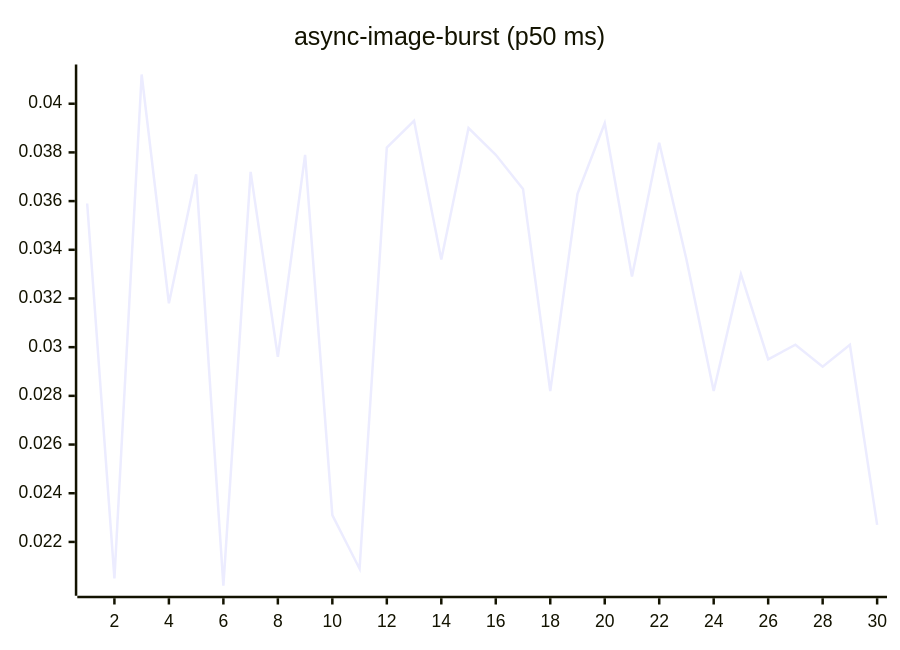
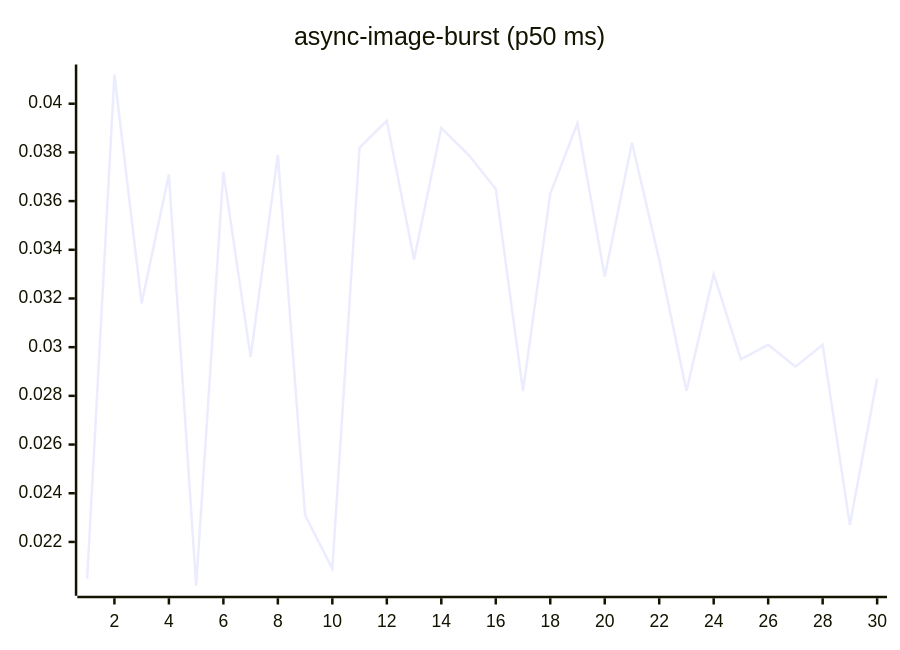
One commit to josha/Facet changed the fourth of 27 diagrams in README.md. Above: the diagram before and after it, drawn with Mermaid. The commit also changed other lines of this file and 2 other files, not shown here.

````diff
--- a/README.md
+++ b/README.md
@@ -84,6 +84,6 @@
 ```mermaid
 xychart-beta
     title "async-image-burst (p50 ms)"
     x-axis 1 --> 30
-    line [0.0359, 0.0205, 0.0412, 0.0318, 0.0371, 0.0202, 0.0372, 0.0296, 0.0379, 0.0231, 0.0209, 0.0382, 0.0393, 0.0336, 0.0390, 0.0379, 0.0365, 0.0282, 0.0363, 0.0392, 0.0329, 0.0384, 0.0336, 0.0282, 0.0330, 0.0295, 0.0301, 0.0292, 0.0301, 0.0227]
+    line [0.0205, 0.0412, 0.0318, 0.0371, 0.0202, 0.0372, 0.0296, 0.0379, 0.0231, 0.0209, 0.0382, 0.0393, 0.0336, 0.0390, 0.0379, 0.0365, 0.0282, 0.0363, 0.0392, 0.0329, 0.0384, 0.0336, 0.0282, 0.0330, 0.0295, 0.0301, 0.0292, 0.0301, 0.0227, 0.0287]
 ```
````
